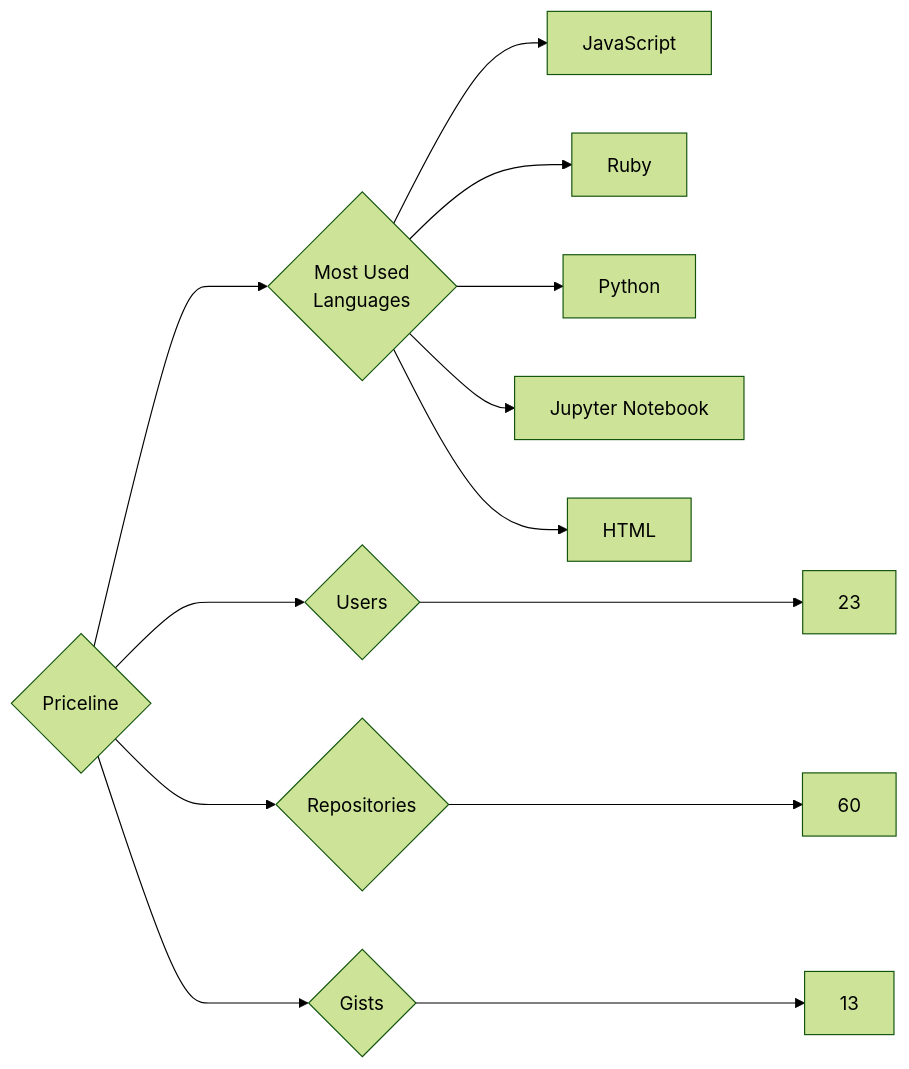
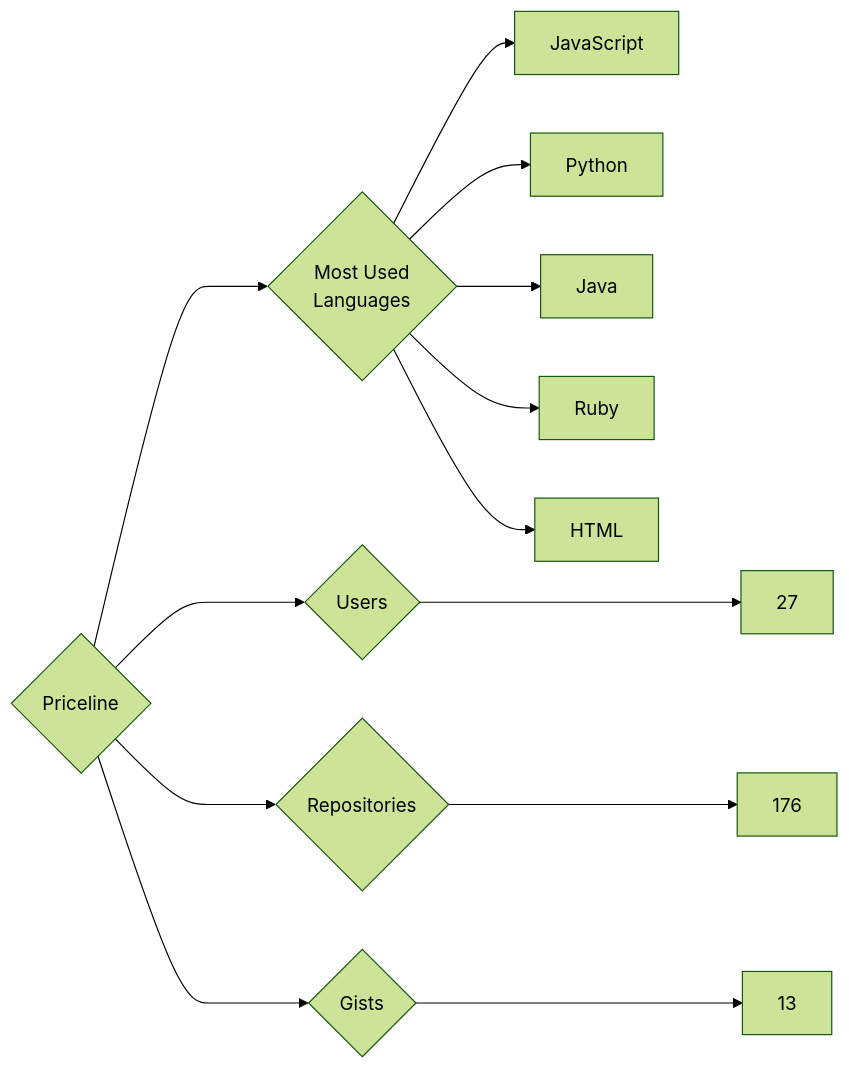
The diagram in targets/Priceline/README.md (trickest/insiders), drawn with Mermaid (forest theme) before and after one commit. The commit also changed 681 other files, not shown here.

````diff
--- a/targets/Priceline/README.md
+++ b/targets/Priceline/README.md
@@ -3,13 +3,13 @@
 ```mermaid
 graph LR
 COMPANY_NAME{Priceline}
-COMPANY_NAME ---> U{Users} ---> UN[23]
-COMPANY_NAME ---> R{Repositories} ---> RN[60]
+COMPANY_NAME ---> U{Users} ---> UN[27]
+COMPANY_NAME ---> R{Repositories} ---> RN[176]
 COMPANY_NAME ---> G{Gists} ---> GN[13]
 COMPANY_NAME ---> ML{Most Used<br>Languages}
 ML --> JavaScript[JavaScript]
+ML --> Python[Python]
+ML --> Java[Java]
 ML --> Ruby[Ruby]
-ML --> Python[Python]
-ML --> Jupyter_Notebook[Jupyter Notebook]
 ML --> HTML[HTML]
 ```
````
